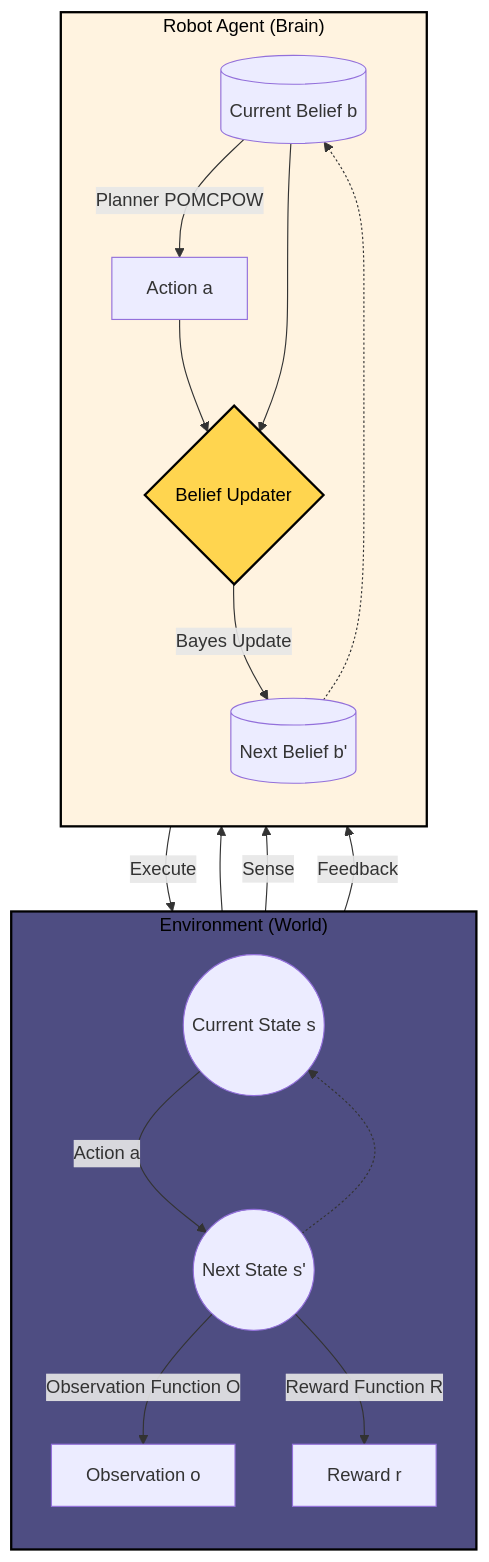
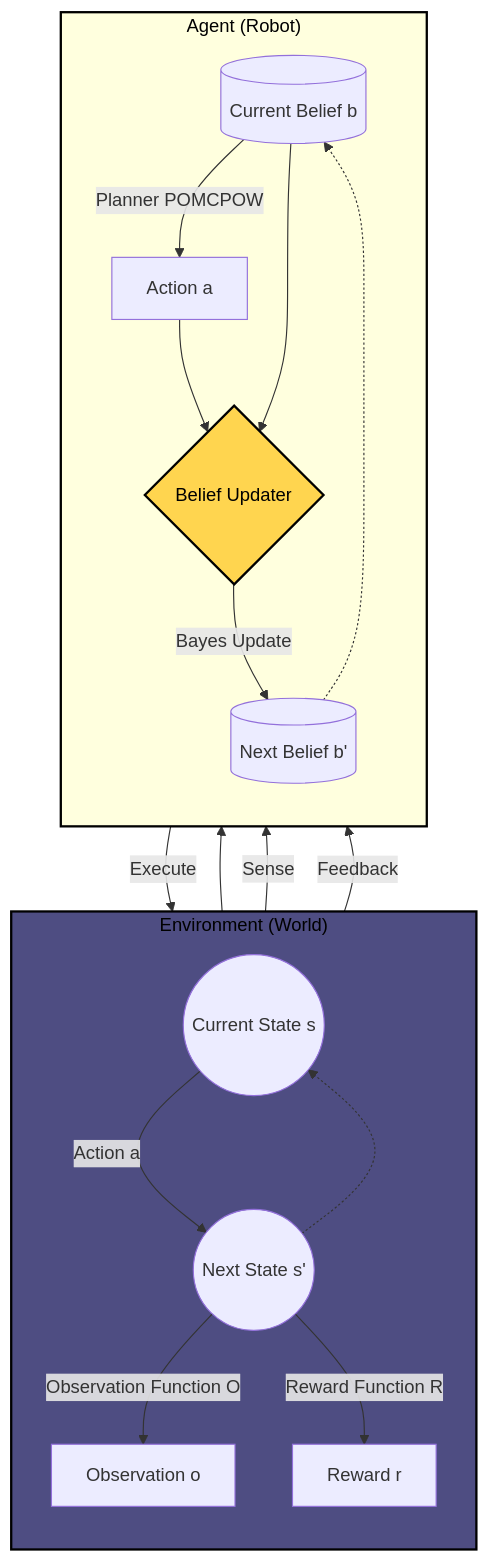
One commit to hoashalarajh/Partially-Observable-Markov-Decision-Process-based-Robot-Decision-Making changed the second of 2 diagrams in README.md. Above: the diagram before and after it, drawn with Mermaid.

Commit message:
Update agent label and style in README

````diff
--- a/README.md
+++ b/README.md
@@ -89,33 +89,33 @@
 ```mermaid
 graph TD
     subgraph Environment ["Environment (World)"]
         direction TB
         s_curr((Current State s)) -->|Action a| s_next((Next State s'))
         s_next -->|Observation Function O| o[Observation o]
         s_next -->|Reward Function R| r[Reward r]
     end
 
-    subgraph Agent ["Robot Agent (Brain)"]
+    subgraph Agent ["Agent (Robot)"]
         direction TB
         b_curr[(Current Belief b)] -->|Planner POMCPOW| a[Action a]
         o --> Updater{Belief Updater}
         a --> Updater
         b_curr --> Updater
         Updater -->|Bayes Update| b_next[(Next Belief b')]
     end
 
     %% Connections between Agent and Environment
     a -->|Execute| s_curr
     o -->|Sense| Updater
     r -->|Feedback| b_next
 
     %% The Loop Connection
     b_next -.-> b_curr
     s_next -.-> s_curr
 
     %% Styling
     %% I added 'color:black' (text) and 'stroke:black' (border) to Environment
     style Environment fill:#4e4d82,stroke:black,stroke-width:2px,color:black
-    style Agent fill:#fff3e0,stroke:black,stroke-width:2px,color:black
+    style Agent fill:##824d67,stroke:black,stroke-width:2px,color:black
     style Updater fill:#ffd54f,stroke:black,stroke-width:2px,color:black
 ```
````
